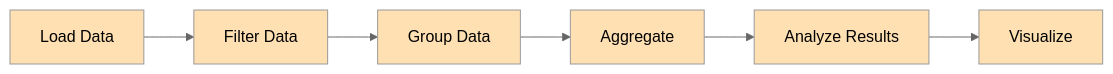
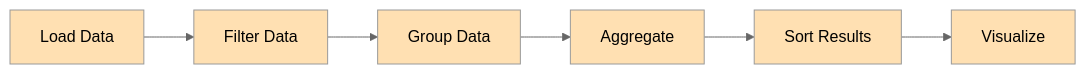
Before and after one commit to iportilla/CItraining: the seventh of 11 diagrams in module-bd/DOCUMENTATION.md, drawn with Mermaid (neutral theme). The commit also changed other lines of this file and 4 other files, not shown here.

````diff
--- a/module-bd/DOCUMENTATION.md
+++ b/module-bd/DOCUMENTATION.md
@@ -698,15 +1128,15 @@
 ```mermaid
 graph LR
     A["Load Data"] --> B["Filter Data"]
     B --> C["Group Data"]
     C --> D["Aggregate"]
-    D --> E["Analyze Results"]
+    D --> E["Sort Results"]
     E --> F["Visualize"]
     
     style A fill:#ffe0b2
     style B fill:#ffe0b2
     style C fill:#ffe0b2
     style D fill:#ffe0b2
     style E fill:#ffe0b2
     style F fill:#ffe0b2
 ```
````
